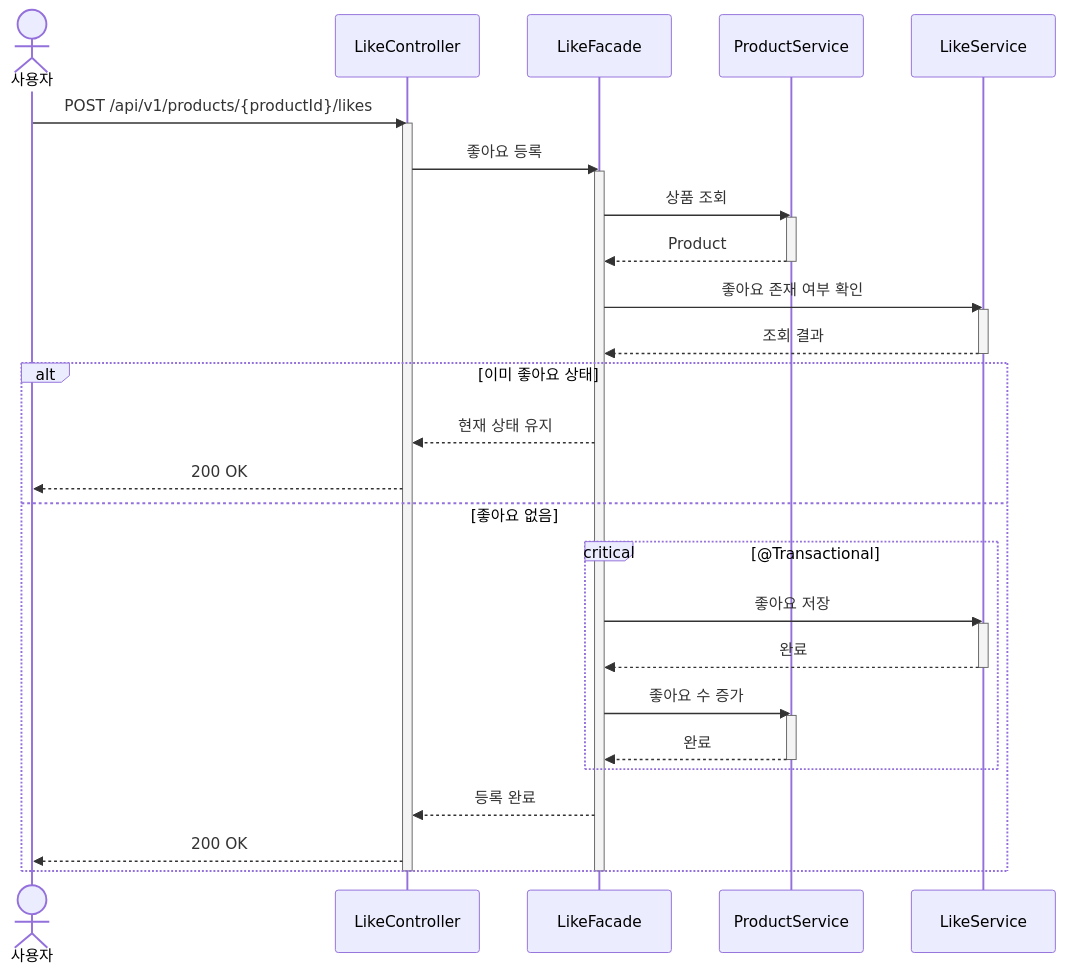
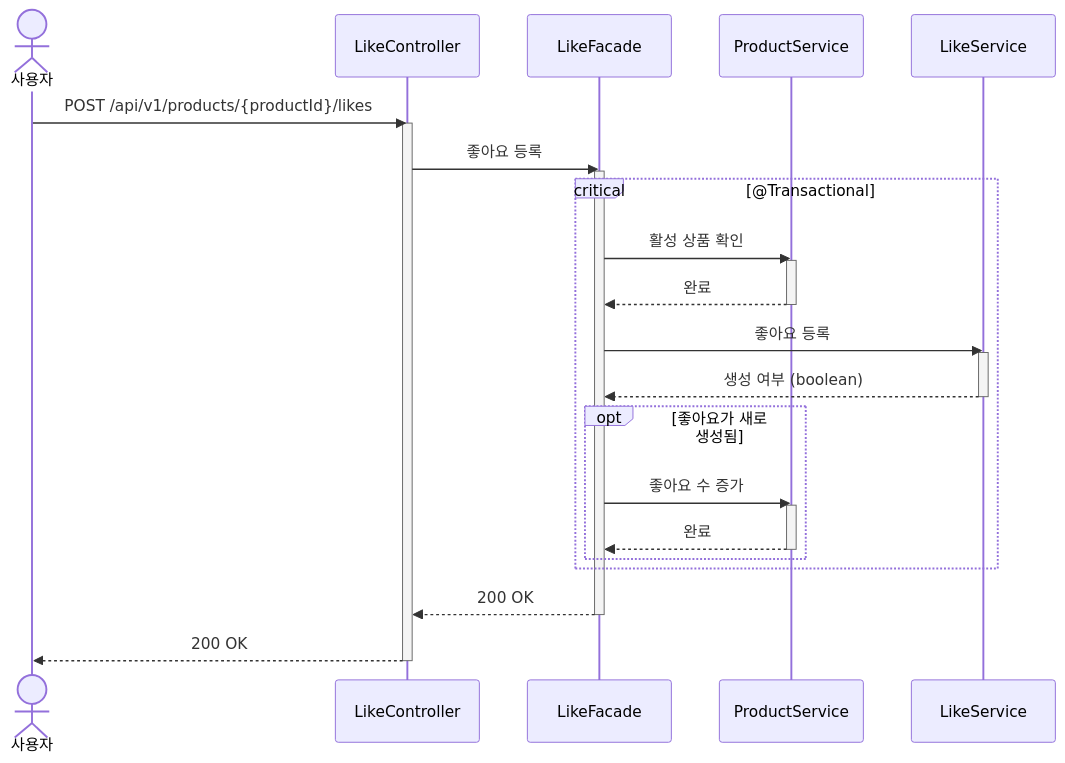
The diagram in docs/design/like/sequences/001-product-like.md (Loopers-dev-lab/loop-pack-be-l2-vol3-java), drawn with Mermaid before and after one commit. The commit also changed other lines of this file and 3 other files, not shown here.

Commit message:
docs: 시퀀스다이어그램 레이어 책임 정합성 보정 (Service 캡슐화, Facade 분기 제거)

````diff
--- a/docs/design/like/sequences/001-product-like.md
+++ b/docs/design/like/sequences/001-product-like.md
@@ -8,44 +8,37 @@
 ```mermaid
 sequenceDiagram
     actor 사용자
     participant LC as LikeController
     participant LF as LikeFacade
     participant PS as ProductService
     participant LS as LikeService
 
     사용자->>LC: POST /api/v1/products/{productId}/likes
     activate LC
     LC->>LF: 좋아요 등록
     activate LF
 
-    LF->>PS: 상품 조회
-    activate PS
-    PS-->>LF: Product
-    deactivate PS
+    critical @Transactional
+        LF->>PS: 활성 상품 확인
+        activate PS
+        PS-->>LF: 완료
+        deactivate PS
 
-    LF->>LS: 좋아요 존재 여부 확인
-    activate LS
-    LS-->>LF: 조회 결과
-    deactivate LS
+        LF->>LS: 좋아요 등록
+        activate LS
+        LS-->>LF: 생성 여부 (boolean)
+        deactivate LS
 
-    alt 이미 좋아요 상태
-        LF-->>LC: 현재 상태 유지
-        LC-->>사용자: 200 OK
-    else 좋아요 없음
-        critical @Transactional
-            LF->>LS: 좋아요 저장
-            activate LS
-            LS-->>LF: 완료
-            deactivate LS
-
+        opt 좋아요가 새로 생성됨
             LF->>PS: 좋아요 수 증가
             activate PS
             PS-->>LF: 완료
             deactivate PS
         end
-        LF-->>LC: 등록 완료
-        LC-->>사용자: 200 OK
     end
+
+    LF-->>LC: 200 OK
     deactivate LF
+    LC-->>사용자: 200 OK
     deactivate LC
 ```
````
